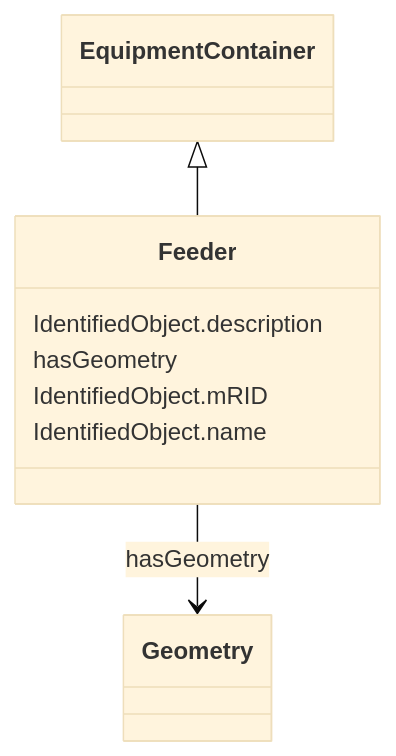
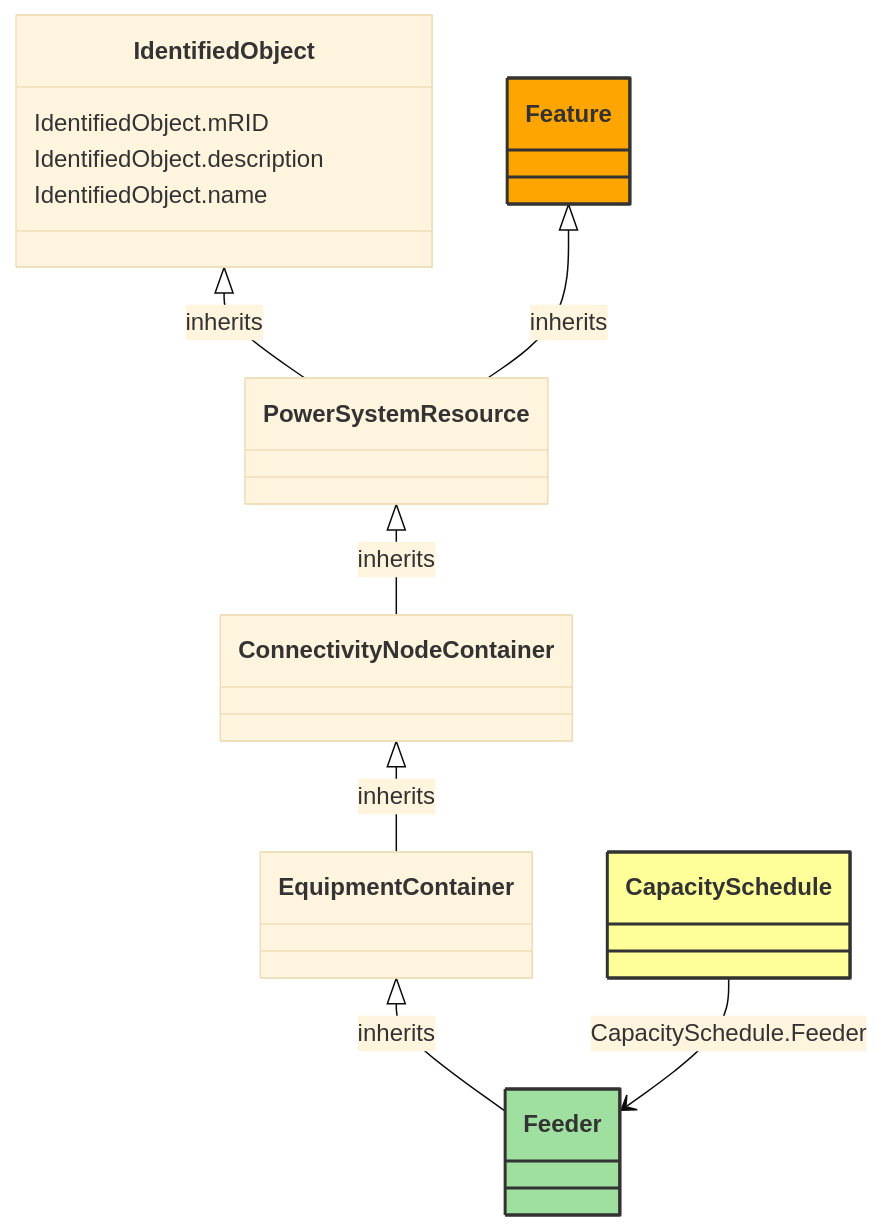
One commit to 3lbits/NoCIMExtensions changed the diagram in docs/WattApp/Feeder.md. Above: the diagram before and after it, drawn with Mermaid (base theme). The commit also changed other lines of this file and 60 other files, not shown here.

````diff
--- a/docs/WattApp/Feeder.md
+++ b/docs/WattApp/Feeder.md
@@ -16,20 +8,42 @@
 ```mermaid
- classDiagram
+classDiagram
     class Feeder
     click Feeder href "../Feeder"
-      EquipmentContainer <|-- Feeder
-        click EquipmentContainer href "../EquipmentContainer"
-      
-      Feeder : IdentifiedObject.description
-        
-      Feeder : hasGeometry
-        
-          Feeder --> Geometry : hasGeometry
-          click Geometry href "../Geometry"
-        
-      Feeder : IdentifiedObject.mRID
-        
-      Feeder : IdentifiedObject.name
-        
-      
+    style Feeder fill:#9fdf9f,stroke:#333,stroke-width:2px,rx:10,ry:10
+
+        EquipmentContainer <|-- Feeder : inherits
+            click EquipmentContainer href "../EquipmentContainer"
+            style EquipmentContainer rx:10,ry:10
+
+        Feeder
+            click Feeder href "../Feeder"
+            style Feeder rx:10,ry:10
+
+        ConnectivityNodeContainer <|-- EquipmentContainer : inherits
+            click ConnectivityNodeContainer href "../ConnectivityNodeContainer"
+            style ConnectivityNodeContainer rx:10,ry:10
+
+        PowerSystemResource <|-- ConnectivityNodeContainer : inherits
+            click PowerSystemResource href "../PowerSystemResource"
+            style PowerSystemResource rx:10,ry:10
+
+        IdentifiedObject <|-- PowerSystemResource : inherits
+            click IdentifiedObject href "../IdentifiedObject"
+            style IdentifiedObject rx:10,ry:10
+
+        Feature <|-- PowerSystemResource : inherits
+            click Feature href "../Feature"
+            style Feature fill:#FFA500,stroke:#333,stroke-width:2px,rx:10,ry:10
+
+
+        CapacitySchedule --> Feeder : CapacitySchedule.Feeder
+
+        CapacitySchedule
+            click CapacitySchedule href "../CapacitySchedule"
+            style CapacitySchedule fill:#ffff99,stroke:#333,stroke-width:2px,rx:10,ry:10
+
+
+        IdentifiedObject : IdentifiedObject.mRID
+        IdentifiedObject : IdentifiedObject.description
+        IdentifiedObject : IdentifiedObject.name
 ```
````
